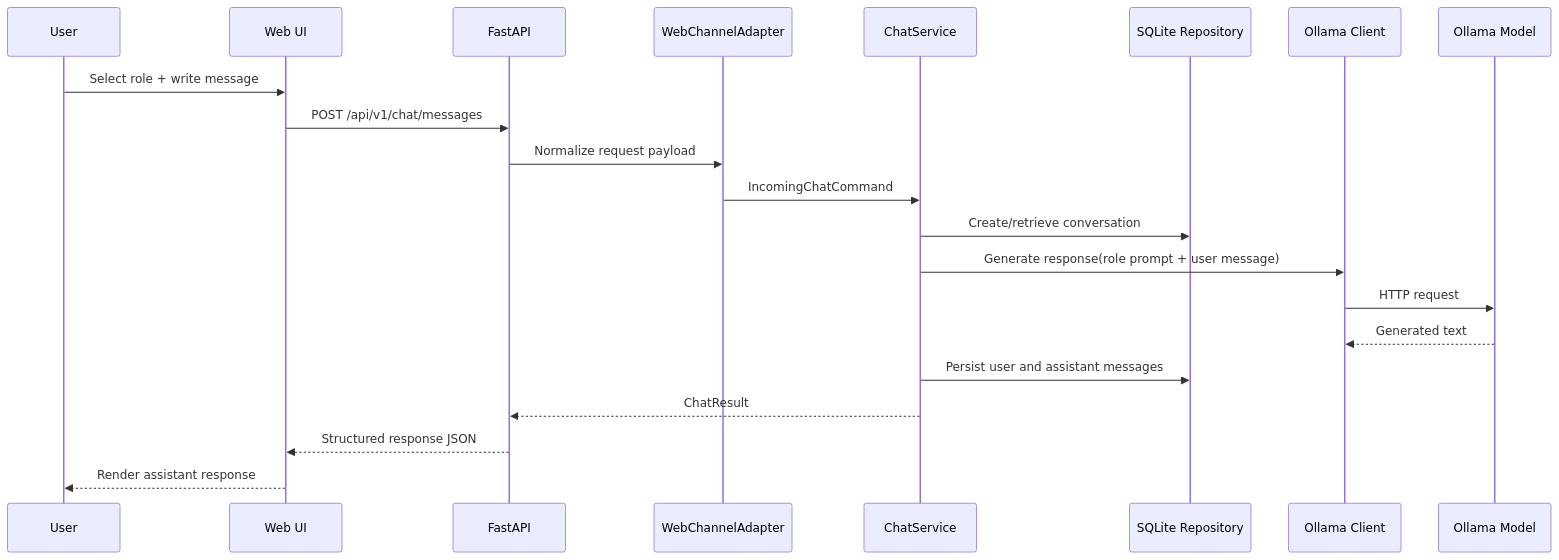
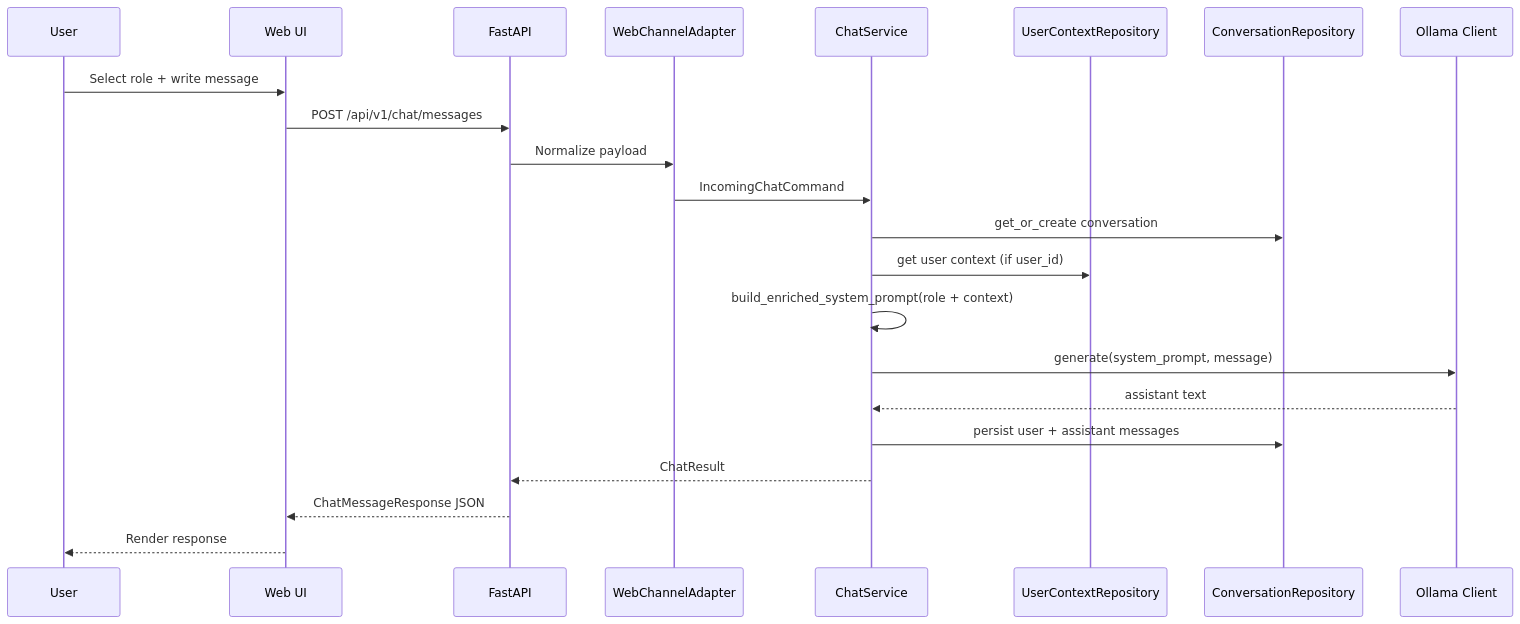
Before and after one commit to DanielReyes03/inteligency-chat: the second of 3 diagrams in README.md, drawn with Mermaid. The commit also changed other lines of this file and 23 other files, not shown here.

````diff
--- a/README.md
+++ b/README.md
@@ -116,24 +127,25 @@
 ```mermaid
 sequenceDiagram
     participant User
     participant UI as Web UI
     participant API as FastAPI
     participant Adapter as WebChannelAdapter
     participant Service as ChatService
-    participant Repo as SQLite Repository
+    participant CTX as UserContextRepository
+    participant Repo as ConversationRepository
     participant LLM as Ollama Client
-    participant Model as Ollama Model
 
     User->>UI: Select role + write message
     UI->>API: POST /api/v1/chat/messages
-    API->>Adapter: Normalize request payload
+    API->>Adapter: Normalize payload
     Adapter->>Service: IncomingChatCommand
-    Service->>Repo: Create/retrieve conversation
-    Service->>LLM: Generate response(role prompt + user message)
-    LLM->>Model: HTTP request
-    Model-->>LLM: Generated text
-    Service->>Repo: Persist user and assistant messages
+    Service->>Repo: get_or_create conversation
+    Service->>CTX: get user context (if user_id)
+    Service->>Service: build_enriched_system_prompt(role + context)
+    Service->>LLM: generate(system_prompt, message)
+    LLM-->>Service: assistant text
+    Service->>Repo: persist user + assistant messages
     Service-->>API: ChatResult
-    API-->>UI: Structured response JSON
-    UI-->>User: Render assistant response
+    API-->>UI: ChatMessageResponse JSON
+    UI-->>User: Render response
 ```
````
